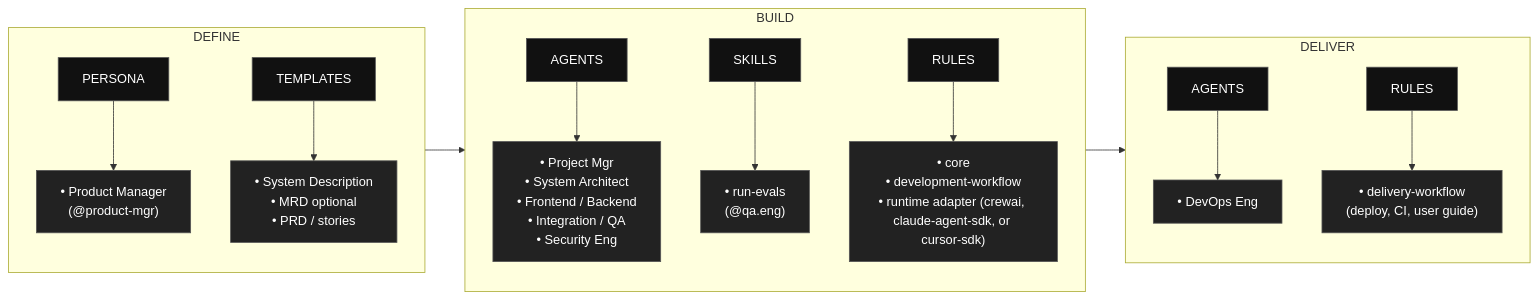
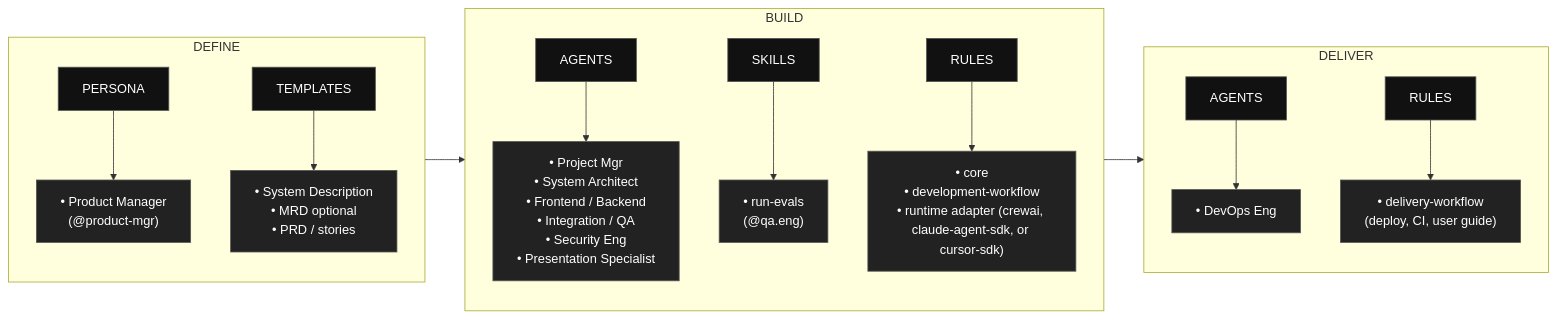
One commit to MFeijo96/Carmelo changed the diagram in README.md. Above: the diagram before and after it, drawn with Mermaid. The commit also changed other lines of this file and 5 other files, not shown here.

````diff
--- a/README.md
+++ b/README.md
@@ -85,24 +85,24 @@
 ```mermaid
 flowchart LR
   %% AAMAD phases overview
   subgraph P1[DEFINE]
     D1H[ PERSONA ]:::hdr --> D1L["• Product Manager<br/>(@product-mgr)"]:::list
     D2H[TEMPLATES]:::hdr --> D2L["• System Description<br/>• MRD optional<br/>• PRD / stories"]:::list
   end
 
   subgraph P2[BUILD]
-    B1H[AGENTS]:::hdr --> B1L["• Project Mgr<br/>• System Architect<br/>• Frontend / Backend<br/>• Integration / QA<br/>• Security Eng"]:::list
+    B1H[AGENTS]:::hdr --> B1L["• Project Mgr<br/>• System Architect<br/>• Frontend / Backend<br/>• Integration / QA<br/>• Security Eng<br/>• Presentation Specialist"]:::list
     B3H[SKILLS]:::hdr --> B3L["• run-evals<br/>(@qa.eng)"]:::list
     B2H[RULES]:::hdr --> B2L["• core<br/>• development‑workflow<br/>• runtime adapter (crewai, claude-agent-sdk, or cursor-sdk)"]:::list
   end
 
   subgraph P3[DELIVER]
     L1H[AGENTS]:::hdr --> L1L["• DevOps Eng"]:::list
     L2H[RULES]:::hdr --> L2L["• delivery‑workflow<br/>(deploy, CI, user guide)"]:::list
   end
 
   P1 --> P2 --> P3
 
   classDef hdr fill:#111,stroke:#555,color:#fff;
   classDef list fill:#222,stroke:#555,color:#fff;
 ``` 
````
